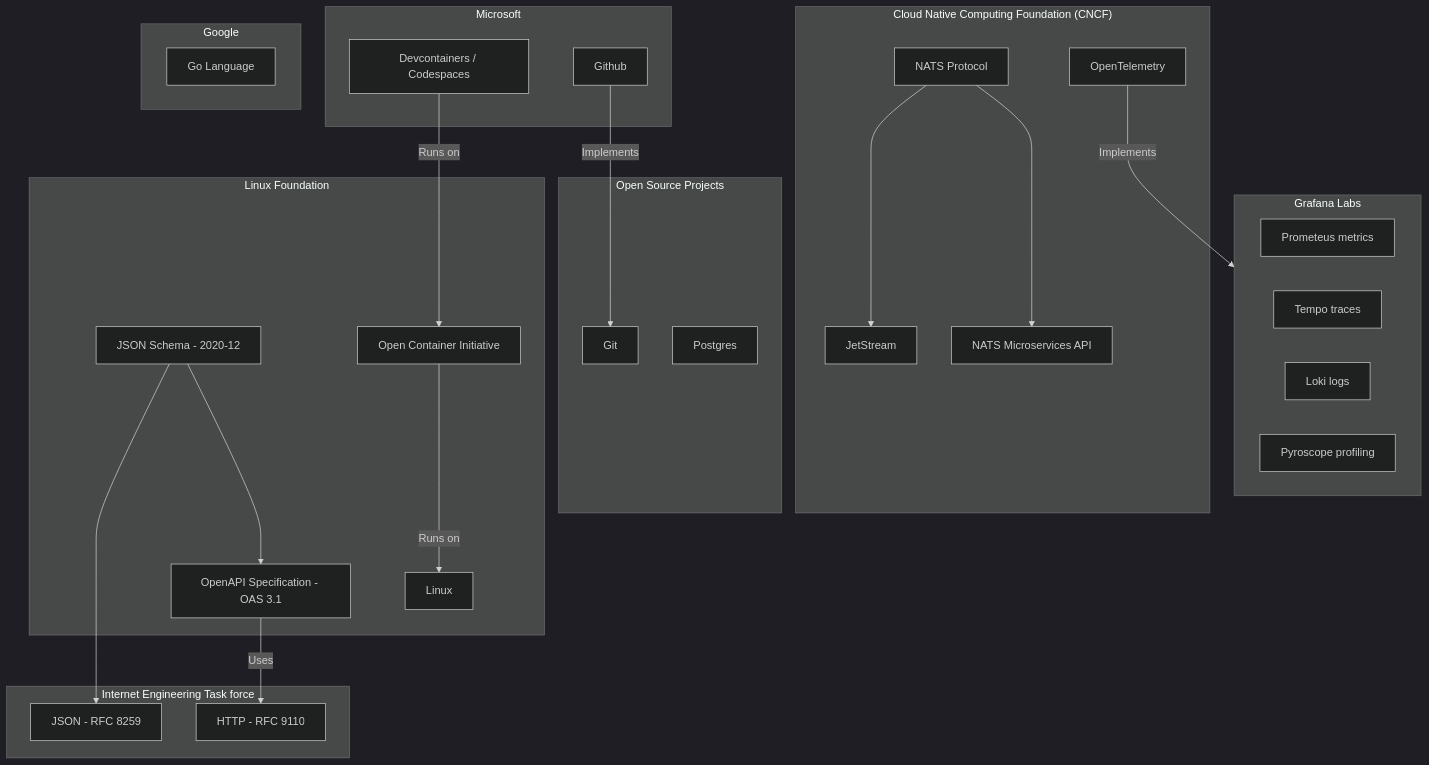
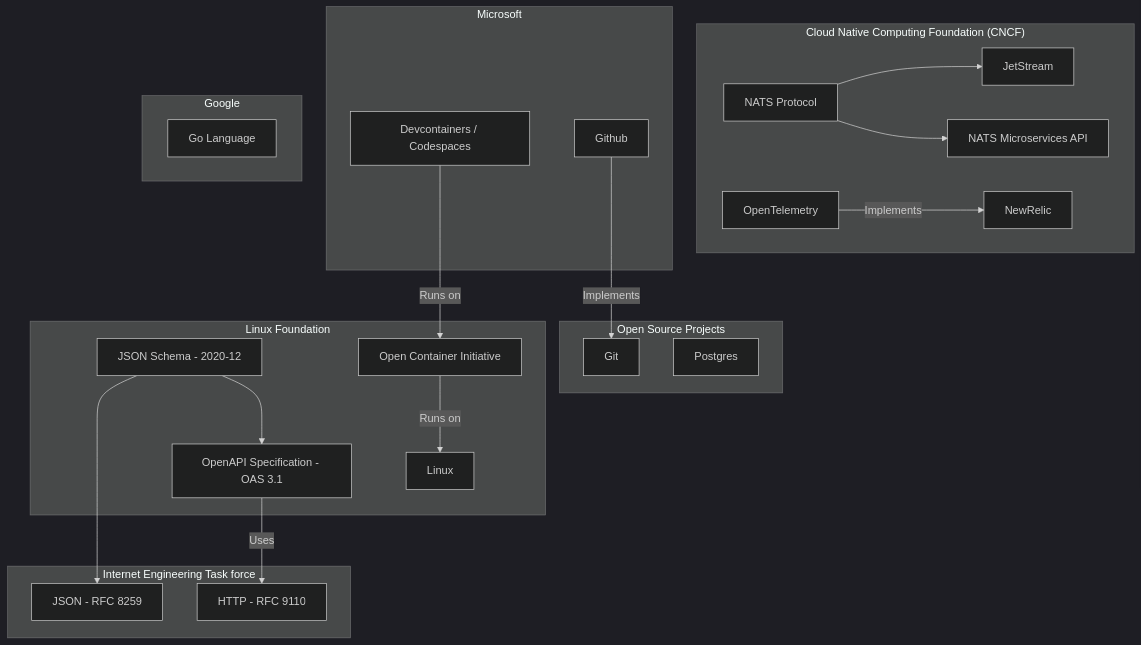
The second of 2 diagrams in README.md (davidoram/beaker), drawn with Mermaid (dark theme) before and after one commit. The commit also changed 8 other files, not shown here.

````diff
--- a/README.md
+++ b/README.md
@@ -93,58 +93,52 @@
 ```mermaid
 graph TD
   %% Organizations
   subgraph CNCF["Cloud Native Computing Foundation (CNCF)"]
     NATS[NATS Protocol]
     JetStream[JetStream]
     NATSService[NATS Microservices API]
     OpenTelemetry[OpenTelemetry]
+    NewRelic[NewRelic]
   end
 
   subgraph MS["Microsoft"]
     Devcontainers[Devcontainers / Codespaces]
     Github
-  end
-
-  subgraph GLabs["Grafana Labs"]
-    Prometheus["Prometeus metrics"]
-    Tempo["Tempo traces"]
-    Loki["Loki logs"]
-    Pyroscope["Pyroscope profiling"]
   end
 
   subgraph GPL["Open Source Projects"]
     Git
     Postgres
   end
 
   subgraph Google["Google"]
     Go[Go Language]
   end
 
   subgraph IETF["Internet Engineering Task force"]
     HTTP[HTTP - RFC 9110]
     JSON[JSON - RFC 8259]
   end
   %% Other technologies
   subgraph LinuxF["Linux Foundation"]
     JSONSchema[JSON Schema - 2020-12]
     OpenAPI[OpenAPI Specification - OAS 3.1]
     Linux
     OCI[Open Container Initiative]
   end
   
   %% Connections
   JSONSchema --> JSON
   JSONSchema --> OpenAPI
   OpenAPI -->|Uses| HTTP
 
   NATS --> JetStream
   NATS --> NATSService
  
   Github -->|Implements|Git
   Devcontainers -->|Runs on|OCI
   OCI -->|Runs on|Linux
 
-  OpenTelemetry-->|Implements|GLabs
+  OpenTelemetry-->|Implements|NewRelic
 
 ```
````
